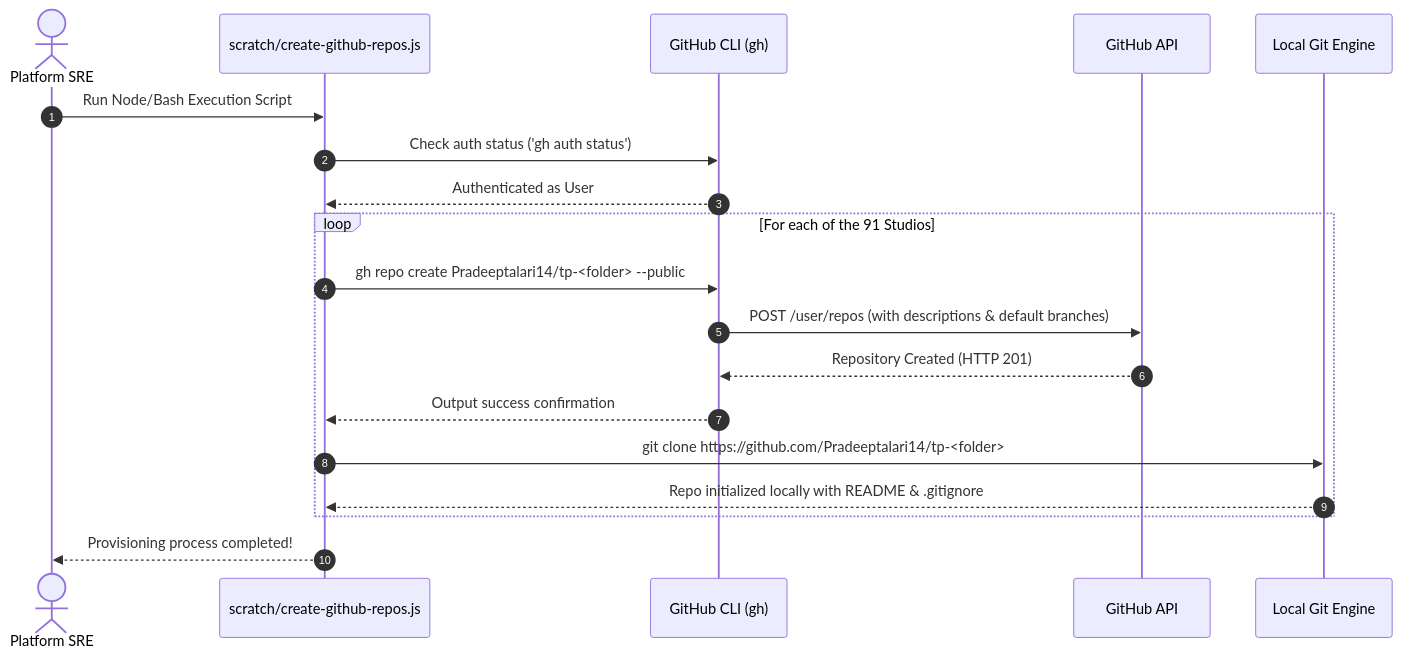
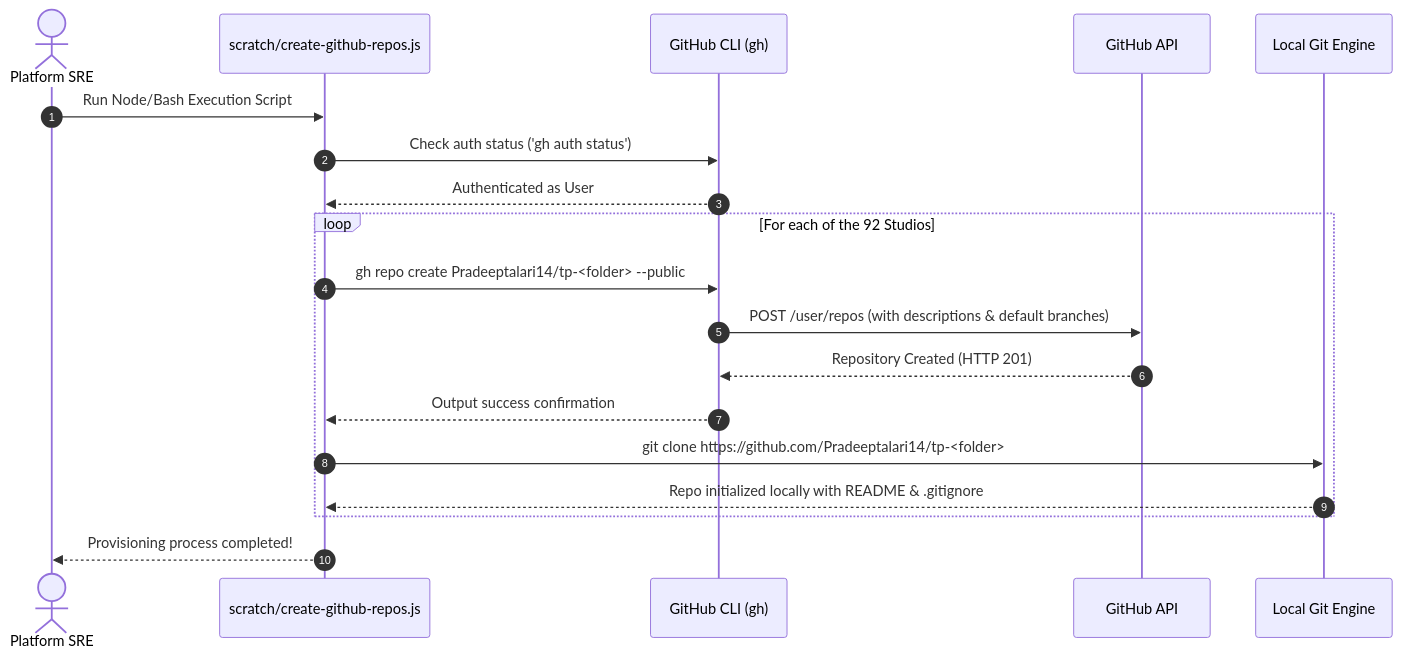
The first of 2 diagrams in GITHUB_PROVISIONING_GUIDE.md (Pradeeptalari14/portfolio), drawn with Mermaid before and after one commit. The commit also changed other lines of this file and 9 other files, not shown here.

````diff
--- a/GITHUB_PROVISIONING_GUIDE.md
+++ b/GITHUB_PROVISIONING_GUIDE.md
@@ -25,22 +25,22 @@
 ```mermaid
 sequenceDiagram
     autonumber
     actor Engineer as Platform SRE
     participant Script as scratch/create-github-repos.js
     participant gh as GitHub CLI (gh)
     participant API as GitHub API
     participant Git as Local Git Engine
 
     Engineer->>Script: Run Node/Bash Execution Script
     Script->>gh: Check auth status ('gh auth status')
     gh-->>Script: Authenticated as User
-    loop For each of the 91 Studios
+    loop For each of the 92 Studios
         Script->>gh: gh repo create Pradeeptalari14/tp-<folder> --public
         gh->>API: POST /user/repos (with descriptions & default branches)
         API-->>gh: Repository Created (HTTP 201)
         gh-->>Script: Output success confirmation
         Script->>Git: git clone https://github.com/Pradeeptalari14/tp-<folder>
         Git-->>Script: Repo initialized locally with README & .gitignore
     end
     Script-->>Engineer: Provisioning process completed!
 ```
````
